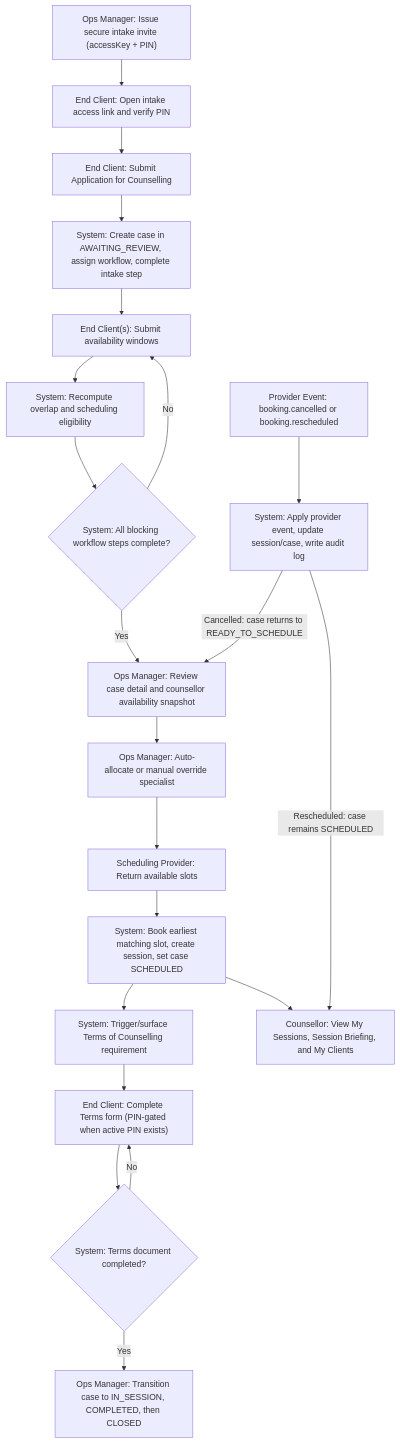
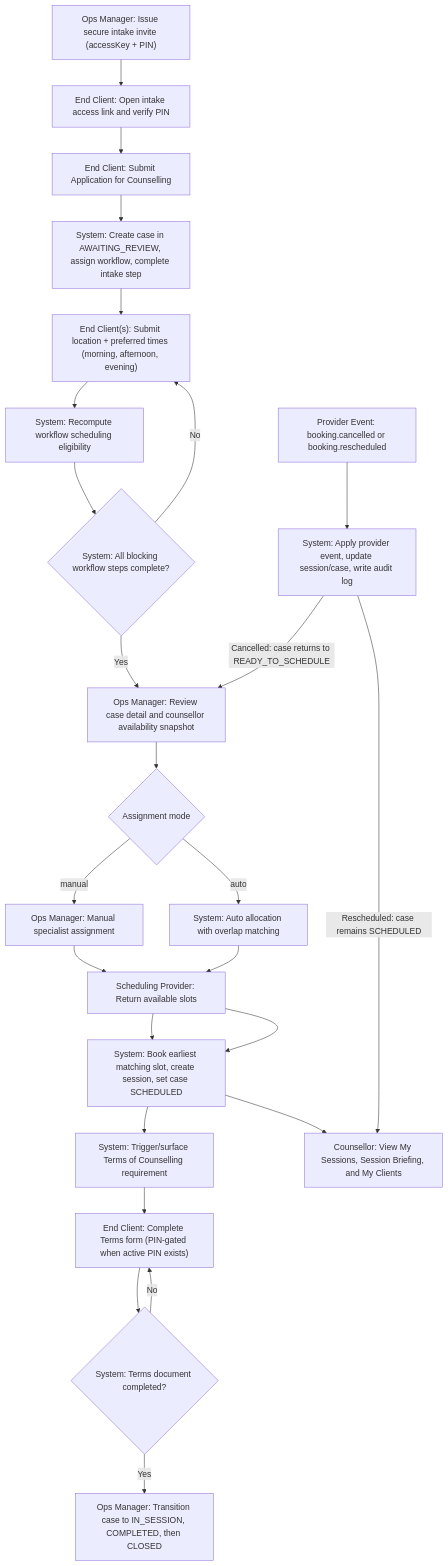
Before and after one commit to adamswbrown/cgplatform: the diagram in README.md, drawn with Mermaid. The commit also changed other lines of this file and 11 other files, not shown here.

Commit message:
refactor scheduling engine to manual provider

````diff
--- a/README.md
+++ b/README.md
@@ -306,31 +351,36 @@
 ```mermaid
 flowchart TD
   A["Ops Manager: Issue secure intake invite (accessKey + PIN)"]
   B["End Client: Open intake access link and verify PIN"]
   C["End Client: Submit Application for Counselling"]
   D["System: Create case in AWAITING_REVIEW, assign workflow, complete intake step"]
-  E["End Client(s): Submit availability windows"]
-  F["System: Recompute overlap and scheduling eligibility"]
+  E["End Client(s): Submit location + preferred times (morning, afternoon, evening)"]
+  F["System: Recompute workflow scheduling eligibility"]
   G{"System: All blocking workflow steps complete?"}
   H["Ops Manager: Review case detail and counsellor availability snapshot"]
-  I["Ops Manager: Auto-allocate or manual override specialist"]
-  J["Scheduling Provider: Return available slots"]
-  K["System: Book earliest matching slot, create session, set case SCHEDULED"]
-  L["System: Trigger/surface Terms of Counselling requirement"]
-  M["End Client: Complete Terms form (PIN-gated when active PIN exists)"]
-  N{"System: Terms document completed?"}
-  O["Ops Manager: Transition case to IN_SESSION, COMPLETED, then CLOSED"]
-  P["Counsellor: View My Sessions, Session Briefing, and My Clients"]
+  I{"Assignment mode"}
+  J["Ops Manager: Manual specialist assignment"]
+  K["System: Auto allocation with overlap matching"]
+  L["Scheduling Provider: Return available slots"]
+  M["System: Book earliest matching slot, create session, set case SCHEDULED"]
+  N["System: Trigger/surface Terms of Counselling requirement"]
+  O["End Client: Complete Terms form (PIN-gated when active PIN exists)"]
+  P{"System: Terms document completed?"}
+  Q["Ops Manager: Transition case to IN_SESSION, COMPLETED, then CLOSED"]
+  R["Counsellor: View My Sessions, Session Briefing, and My Clients"]
   X["Provider Event: booking.cancelled or booking.rescheduled"]
   Y["System: Apply provider event, update session/case, write audit log"]
 
   A --> B --> C --> D --> E --> F --> G
   G -- "No" --> E
-  G -- "Yes" --> H --> I --> J --> K --> L --> M --> N
-  N -- "No" --> M
-  N -- "Yes" --> O
-  K --> P
+  G -- "Yes" --> H --> I
+  I -- "manual" --> J --> L --> M
+  I -- "auto" --> K --> L --> M
+  M --> N --> O --> P
+  P -- "No" --> O
+  P -- "Yes" --> Q
+  M --> R
   X --> Y
   Y -- "Cancelled: case returns to READY_TO_SCHEDULE" --> H
-  Y -- "Rescheduled: case remains SCHEDULED" --> P
+  Y -- "Rescheduled: case remains SCHEDULED" --> R
 ```
````
